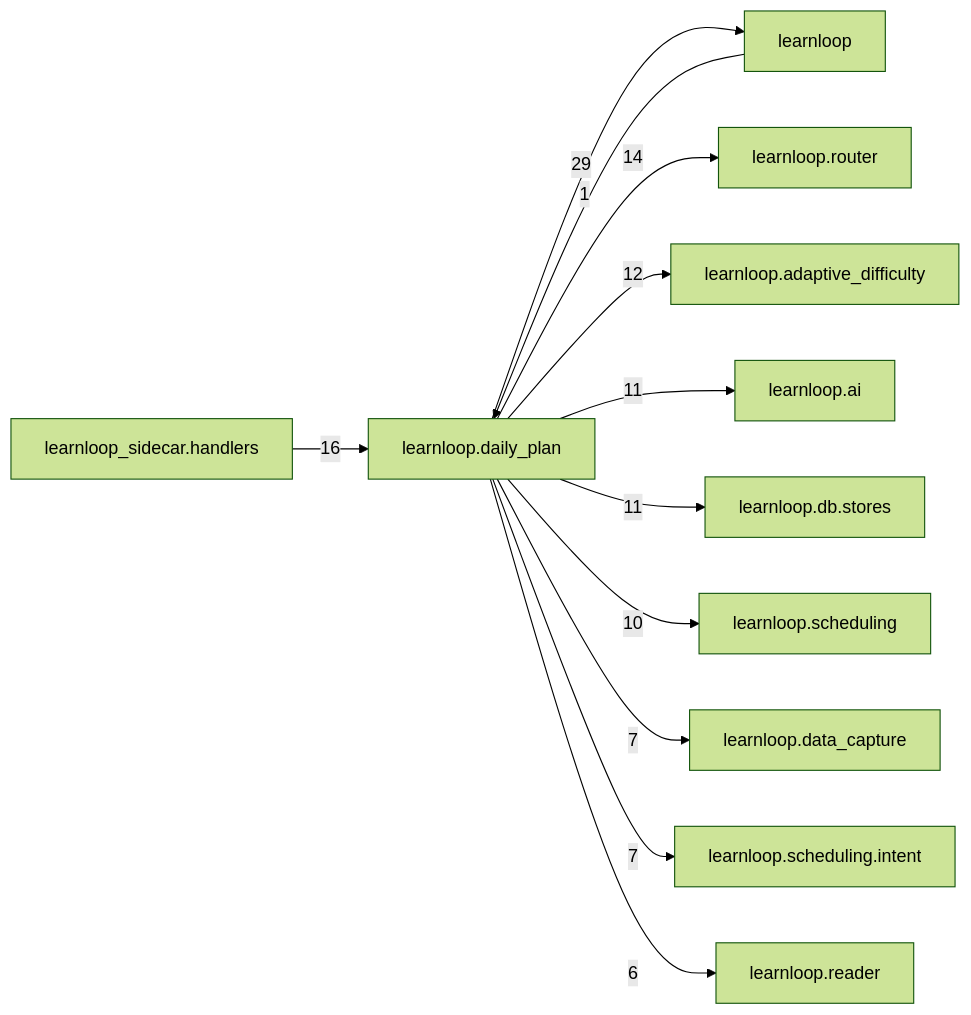
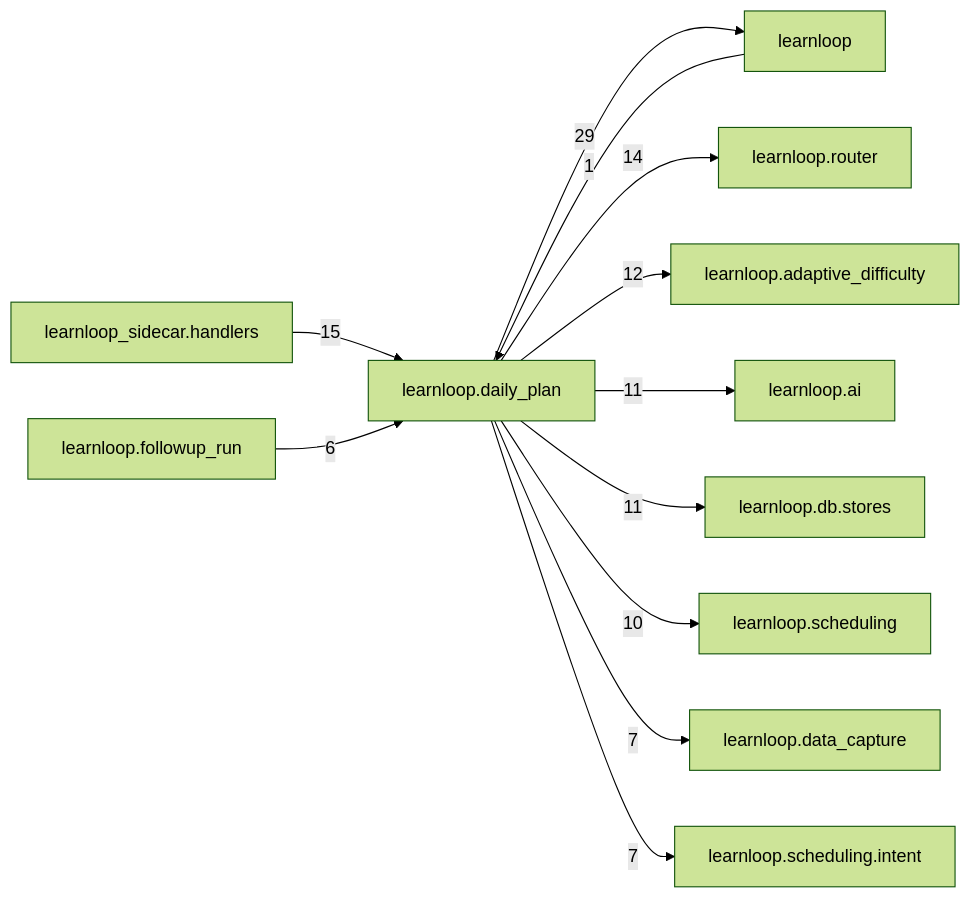
Before and after one commit to 6up-b/learnanything: the diagram in docs/learnloop-architecture-vault/Reference/Modules/learnloop/daily_plan/_package.md, drawn with Mermaid (forest theme). The commit also changed other lines of this file and 495 other files, not shown here.

````diff
--- a/docs/learnloop-architecture-vault/Reference/Modules/learnloop/daily_plan/_package.md
+++ b/docs/learnloop-architecture-vault/Reference/Modules/learnloop/daily_plan/_package.md
@@ -149,25 +149,25 @@
 ```mermaid
 flowchart LR
     center["learnloop.daily_plan"]
     n_learnloop["learnloop"]
     n_learnloop_sidecar_handlers["learnloop_sidecar.handlers"]
     n_learnloop_router["learnloop.router"]
     n_learnloop_adaptive_difficulty["learnloop.adaptive_difficulty"]
     n_learnloop_ai["learnloop.ai"]
     n_learnloop_db_stores["learnloop.db.stores"]
     n_learnloop_scheduling["learnloop.scheduling"]
     n_learnloop_data_capture["learnloop.data_capture"]
     n_learnloop_scheduling_intent["learnloop.scheduling.intent"]
-    n_learnloop_reader["learnloop.reader"]
+    n_learnloop_followup_run["learnloop.followup_run"]
     n_learnloop -->|1| center
     center -->|29| n_learnloop
-    n_learnloop_sidecar_handlers -->|16| center
+    n_learnloop_sidecar_handlers -->|15| center
     center -->|14| n_learnloop_router
     center -->|12| n_learnloop_adaptive_difficulty
     center -->|11| n_learnloop_ai
     center -->|11| n_learnloop_db_stores
     center -->|10| n_learnloop_scheduling
     center -->|7| n_learnloop_data_capture
     center -->|7| n_learnloop_scheduling_intent
-    center -->|6| n_learnloop_reader
+    n_learnloop_followup_run -->|6| center
 ```
````
